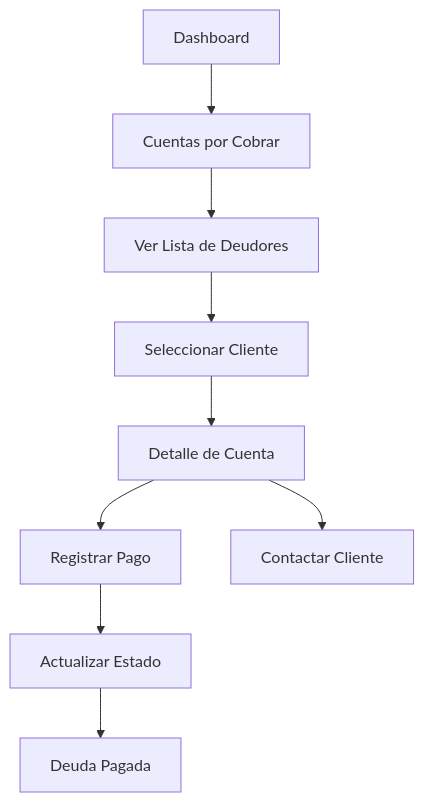
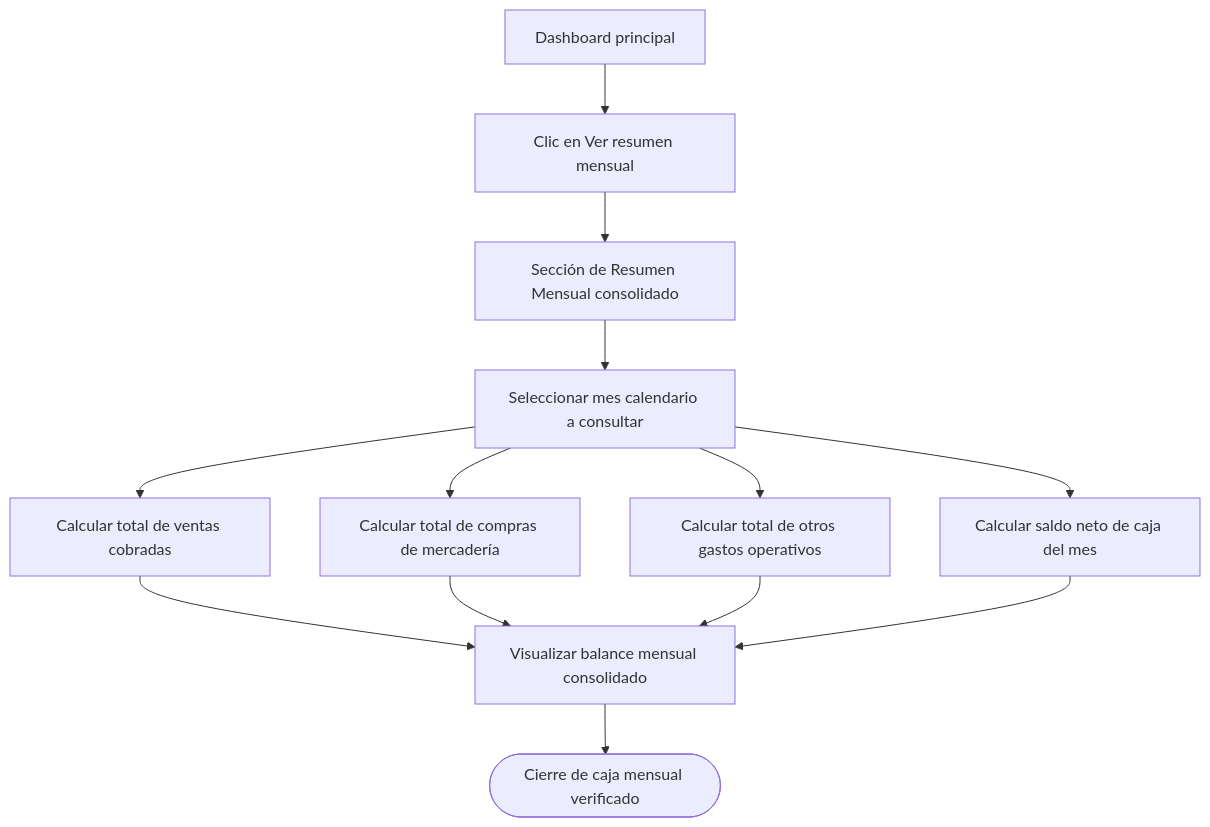
Before and after one commit to RonnieRBG/td_cajaclara: the fourth of 11 diagrams in ux/user-flows/userflows-cajaclara.md, drawn with Mermaid. The commit also changed other lines of this file, not shown here.

Commit message:
Se actualiza user flows

````diff
--- a/ux/user-flows/userflows-cajaclara.md
+++ b/ux/user-flows/userflows-cajaclara.md
@@ -94,17 +138,12 @@
 ```mermaid
 flowchart TD
-    A[Dashboard] --> B[Cuentas por Cobrar]
-
-    B --> C[Ver Lista de Deudores]
-
-    C --> D[Seleccionar Cliente]
-
-    D --> E[Detalle de Cuenta]
-
-    E --> F[Registrar Pago]
-    E --> G[Contactar Cliente]
-
-    F --> H[Actualizar Estado]
-
-    H --> I[Deuda Pagada]
+    A[Dashboard principal] --> B[Clic en Ver resumen mensual]
+    B --> C[Sección de Resumen Mensual consolidado]
+    C --> D[Seleccionar mes calendario a consultar]
+    D --> E[Calcular total de ventas cobradas]
+    D --> F[Calcular total de compras de mercadería]
+    D --> G[Calcular total de otros gastos operativos]
+    D --> H[Calcular saldo neto de caja del mes]
+    E & F & G & H --> I[Visualizar balance mensual consolidado]
+    I --> J([Cierre de caja mensual verificado])
 ```
````
